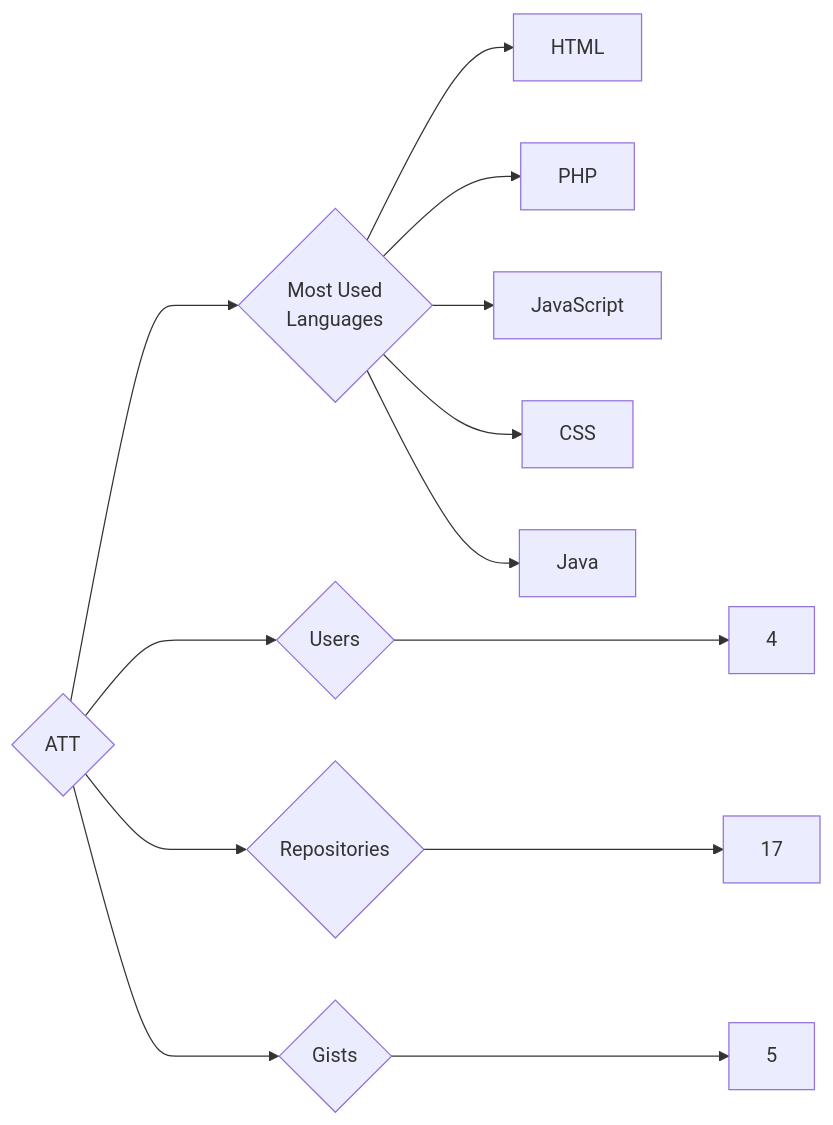
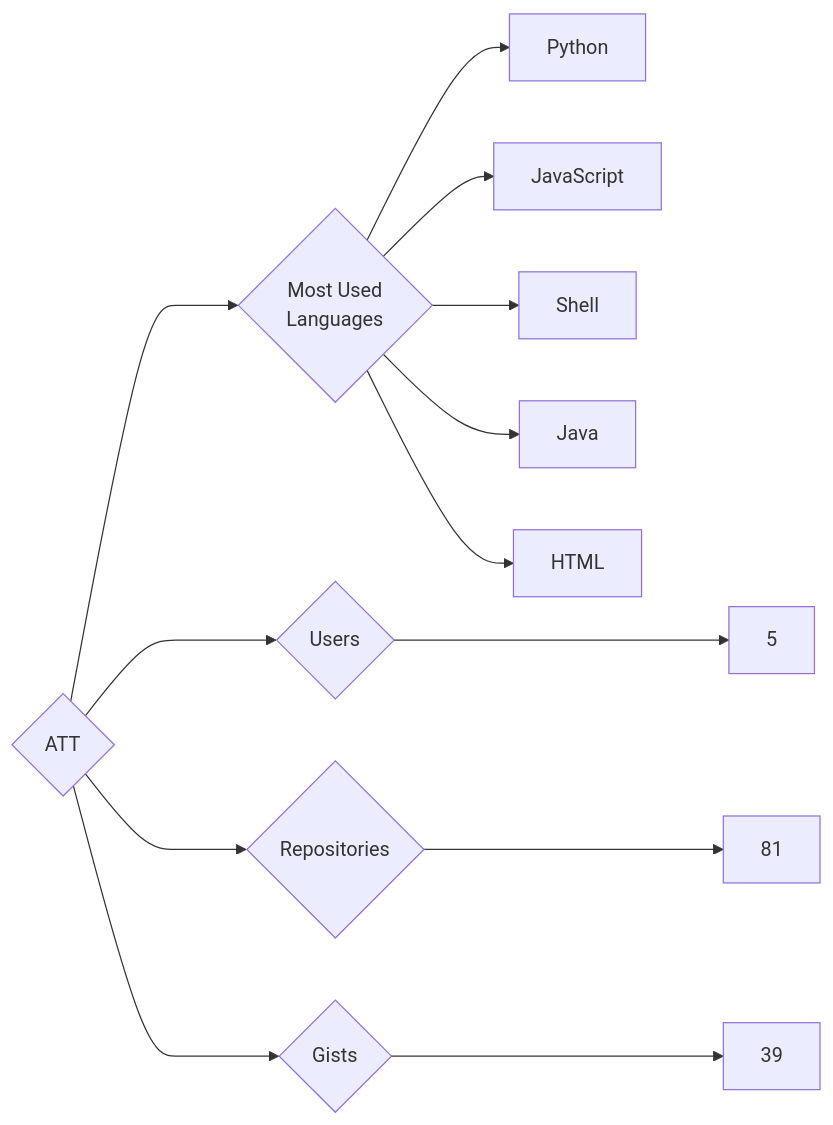
The diagram in targets/ATT/README.md (trickest/insiders), drawn with Mermaid before and after one commit. The commit also changed 1212 other files, not shown here.

````diff
--- a/targets/ATT/README.md
+++ b/targets/ATT/README.md
@@ -3,13 +3,13 @@
 ```mermaid
 graph LR
 COMPANY_NAME{ATT}
-COMPANY_NAME ---> U{Users} ---> UN[4]
-COMPANY_NAME ---> R{Repositories} ---> RN[17]
-COMPANY_NAME ---> G{Gists} ---> GN[5]
+COMPANY_NAME ---> U{Users} ---> UN[5]
+COMPANY_NAME ---> R{Repositories} ---> RN[81]
+COMPANY_NAME ---> G{Gists} ---> GN[39]
 COMPANY_NAME ---> ML{Most Used<br>Languages}
+ML --> Python[Python]
+ML --> JavaScript[JavaScript]
+ML --> Shell[Shell]
+ML --> Java[Java]
 ML --> HTML[HTML]
-ML --> PHP[PHP]
-ML --> JavaScript[JavaScript]
-ML --> CSS[CSS]
-ML --> Java[Java]
 ```
````
